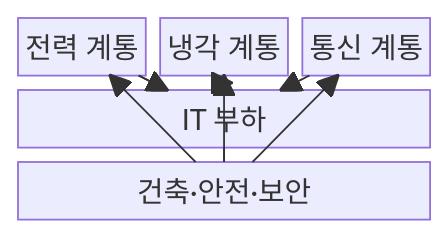
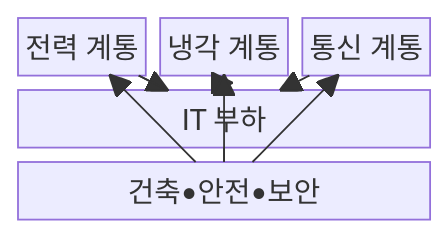
One commit to agnusdei1207/knowledge-base changed the first of 2 diagrams in src/content/docs/notes/06-evaluation/038_tia942_tier_rating.md. Above: the diagram before and after it, drawn with Mermaid. The commit also changed other lines of this file and 953 other files, not shown here.

````diff
--- a/src/content/docs/notes/06-evaluation/038_tia942_tier_rating.md
+++ b/src/content/docs/notes/06-evaluation/038_tia942_tier_rating.md
@@ -68,15 +68,15 @@
 ```mermaid
 block-beta
     columns 3
     P["전력 계통"] C["냉각 계통"] T["통신 계통"]
     I["IT 부하"]:3
-    F["건축·안전·보안"]:3
+    F["건축•안전•보안"]:3
     P --> I
     C --> I
     T --> I
     F --> P
     F --> C
     F --> T
   P --- I
   I --- F
 ```
````
